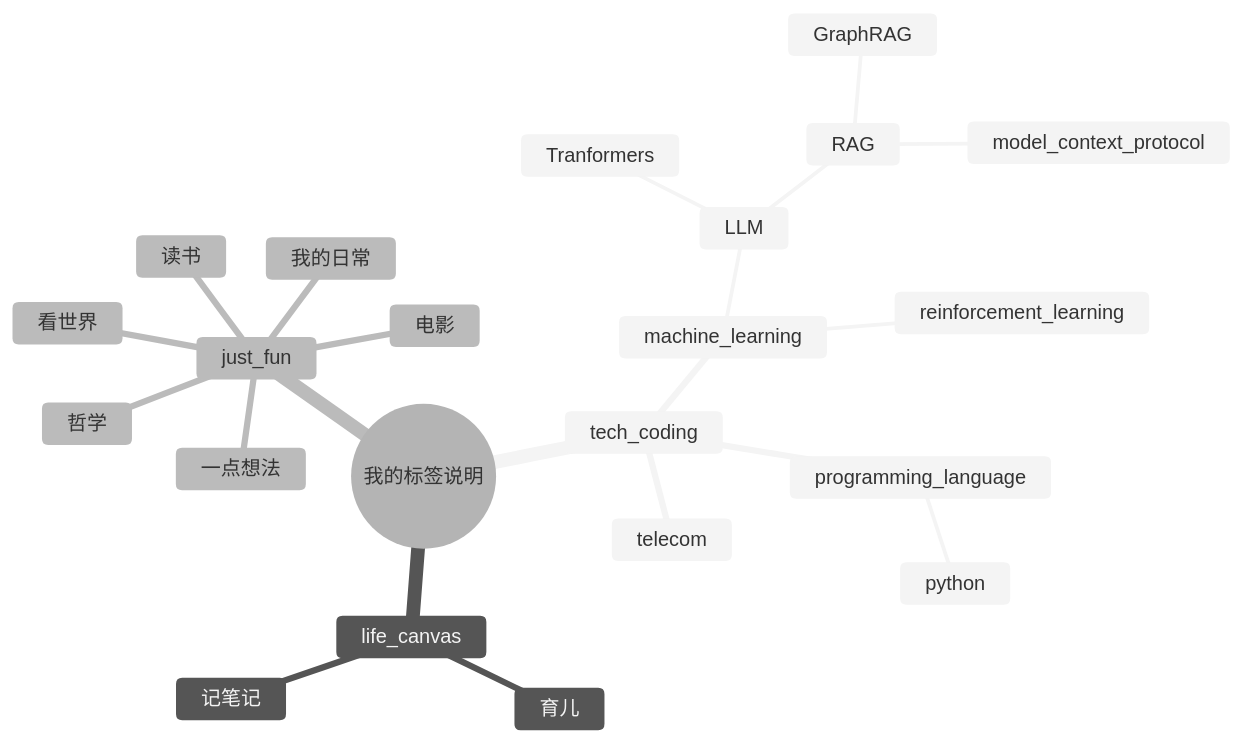
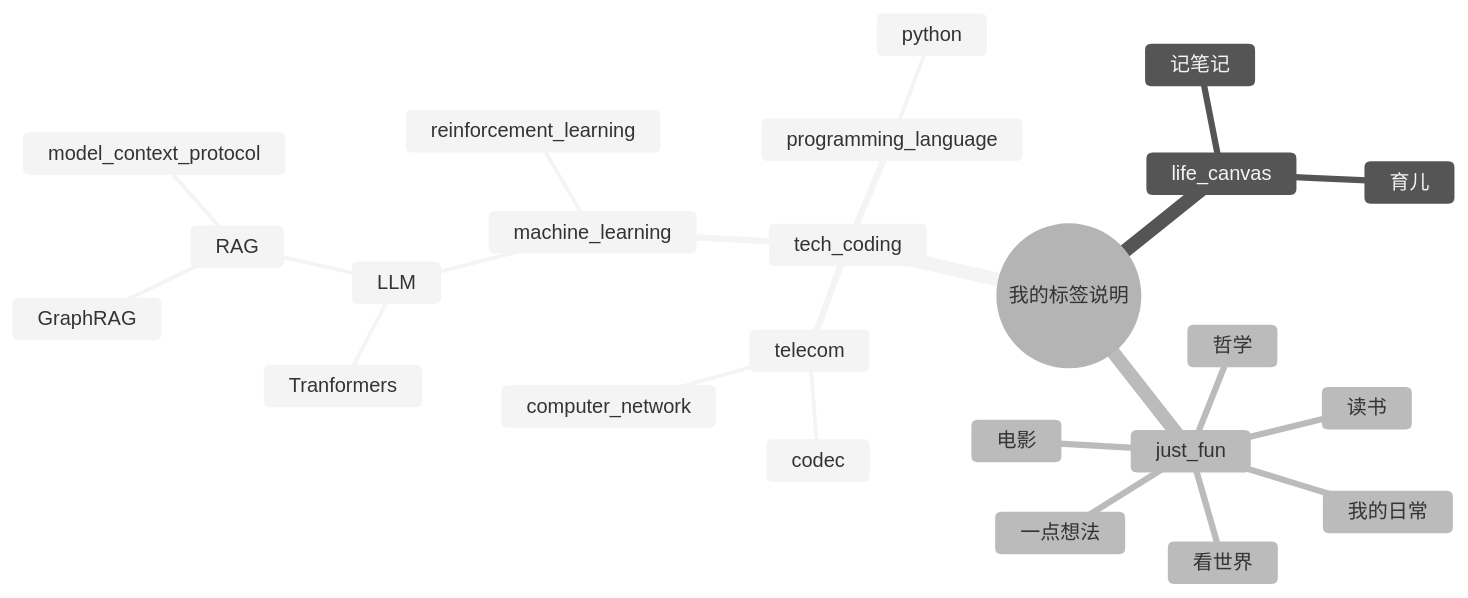
Before and after one commit to jovialchen/taomu: the diagram in tags.md, drawn with Mermaid (neutral theme). The commit also changed 1 other file, not shown here.

```diff
--- a/tags.md
+++ b/tags.md
@@ -16,25 +16,27 @@
 <pre class="mermaid">
 mindmap
   root((我的标签说明))
     tech_coding
       telecom
+        computer_network
+        codec
       machine_learning
         LLM
           Tranformers
           RAG
             GraphRAG
             model_context_protocol
         reinforcement_learning
       programming_language
         python
     life_canvas
       记笔记
       育儿
     just_fun
       读书
       电影
       哲学
       看世界
       我的日常
       一点想法
 </pre>
```
